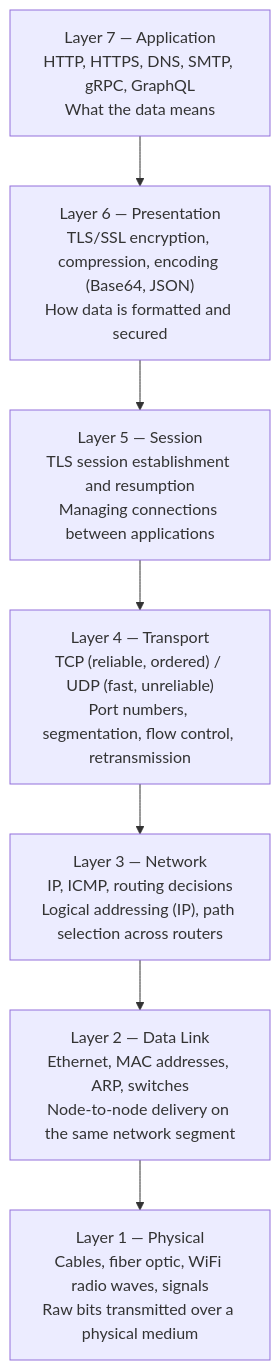
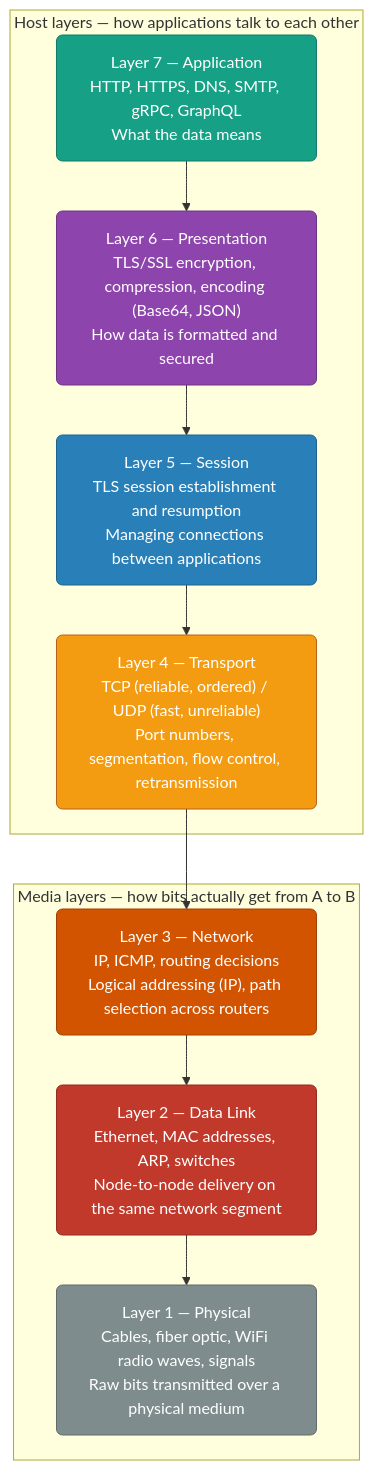
The first of 3 diagrams in networking/osi-model.md (deepanshu-rawat6/DevOpsIndex), drawn with Mermaid before and after one commit. The commit also changed other lines of this file and 8 other files, not shown here.

````diff
--- a/networking/osi-model.md
+++ b/networking/osi-model.md
@@ -5,12 +14,25 @@
 ```mermaid
 graph TD
-    L7["Layer 7 — Application<br>HTTP, HTTPS, DNS, SMTP, gRPC, GraphQL<br>What the data means"]
-    L6["Layer 6 — Presentation<br>TLS/SSL encryption, compression, encoding (Base64, JSON)<br>How data is formatted and secured"]
-    L5["Layer 5 — Session<br>TLS session establishment and resumption<br>Managing connections between applications"]
-    L4["Layer 4 — Transport<br>TCP (reliable, ordered) / UDP (fast, unreliable)<br>Port numbers, segmentation, flow control, retransmission"]
-    L3["Layer 3 — Network<br>IP, ICMP, routing decisions<br>Logical addressing (IP), path selection across routers"]
-    L2["Layer 2 — Data Link<br>Ethernet, MAC addresses, ARP, switches<br>Node-to-node delivery on the same network segment"]
-    L1["Layer 1 — Physical<br>Cables, fiber optic, WiFi radio waves, signals<br>Raw bits transmitted over a physical medium"]
+    classDef l7 fill:#16a085,stroke:#117a65,color:#fff,rx:6
+    classDef l6 fill:#8e44ad,stroke:#6c3483,color:#fff,rx:6
+    classDef l5 fill:#2980b9,stroke:#1f618d,color:#fff,rx:6
+    classDef l4 fill:#f39c12,stroke:#ba6018,color:#fff,rx:6
+    classDef l3 fill:#d35400,stroke:#a04000,color:#fff,rx:6
+    classDef l2 fill:#c0392b,stroke:#922b21,color:#fff,rx:6
+    classDef l1 fill:#7f8c8d,stroke:#616a6b,color:#fff,rx:6
+
+    subgraph HOST["Host layers — how applications talk to each other"]
+        L7["Layer 7 — Application<br/>HTTP, HTTPS, DNS, SMTP, gRPC, GraphQL<br/>What the data means"]:::l7
+        L6["Layer 6 — Presentation<br/>TLS/SSL encryption, compression, encoding (Base64, JSON)<br/>How data is formatted and secured"]:::l6
+        L5["Layer 5 — Session<br/>TLS session establishment and resumption<br/>Managing connections between applications"]:::l5
+        L4["Layer 4 — Transport<br/>TCP (reliable, ordered) / UDP (fast, unreliable)<br/>Port numbers, segmentation, flow control, retransmission"]:::l4
+    end
+
+    subgraph MEDIA["Media layers — how bits actually get from A to B"]
+        L3["Layer 3 — Network<br/>IP, ICMP, routing decisions<br/>Logical addressing (IP), path selection across routers"]:::l3
+        L2["Layer 2 — Data Link<br/>Ethernet, MAC addresses, ARP, switches<br/>Node-to-node delivery on the same network segment"]:::l2
+        L1["Layer 1 — Physical<br/>Cables, fiber optic, WiFi radio waves, signals<br/>Raw bits transmitted over a physical medium"]:::l1
+    end
 
     L7 --> L6 --> L5 --> L4 --> L3 --> L2 --> L1
 ```
````
